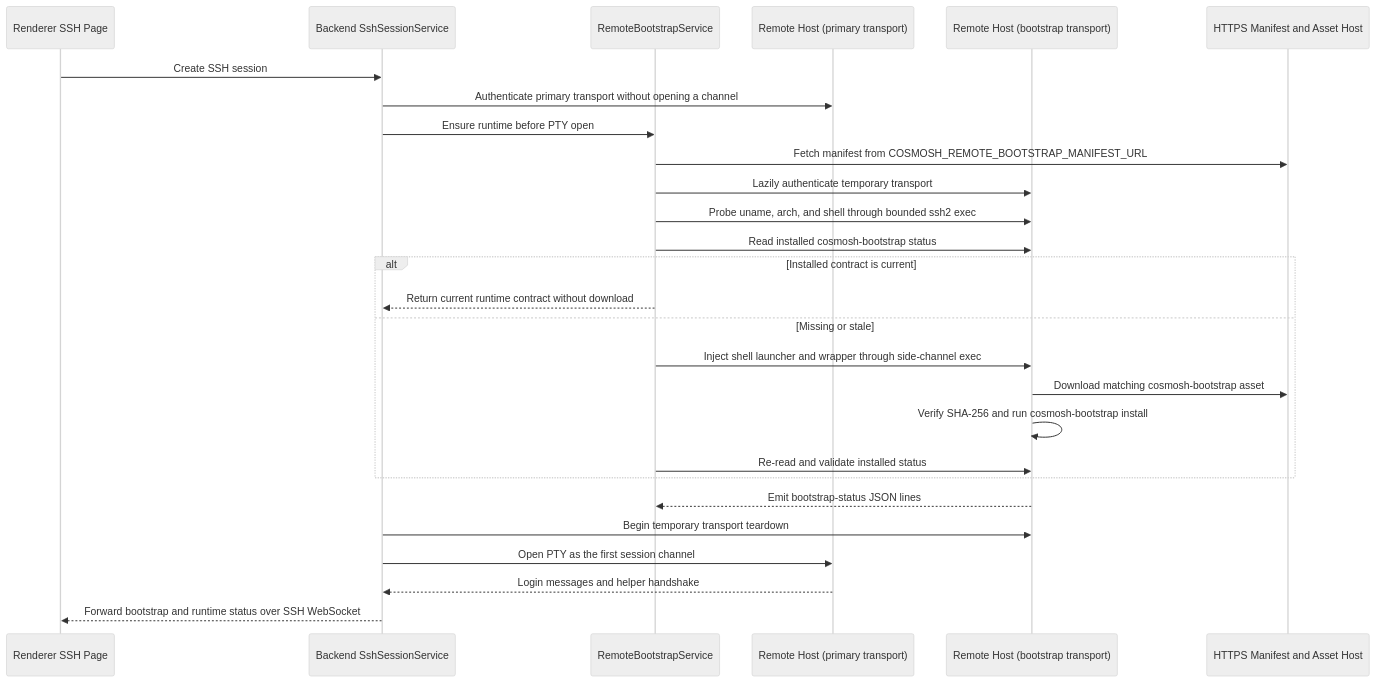
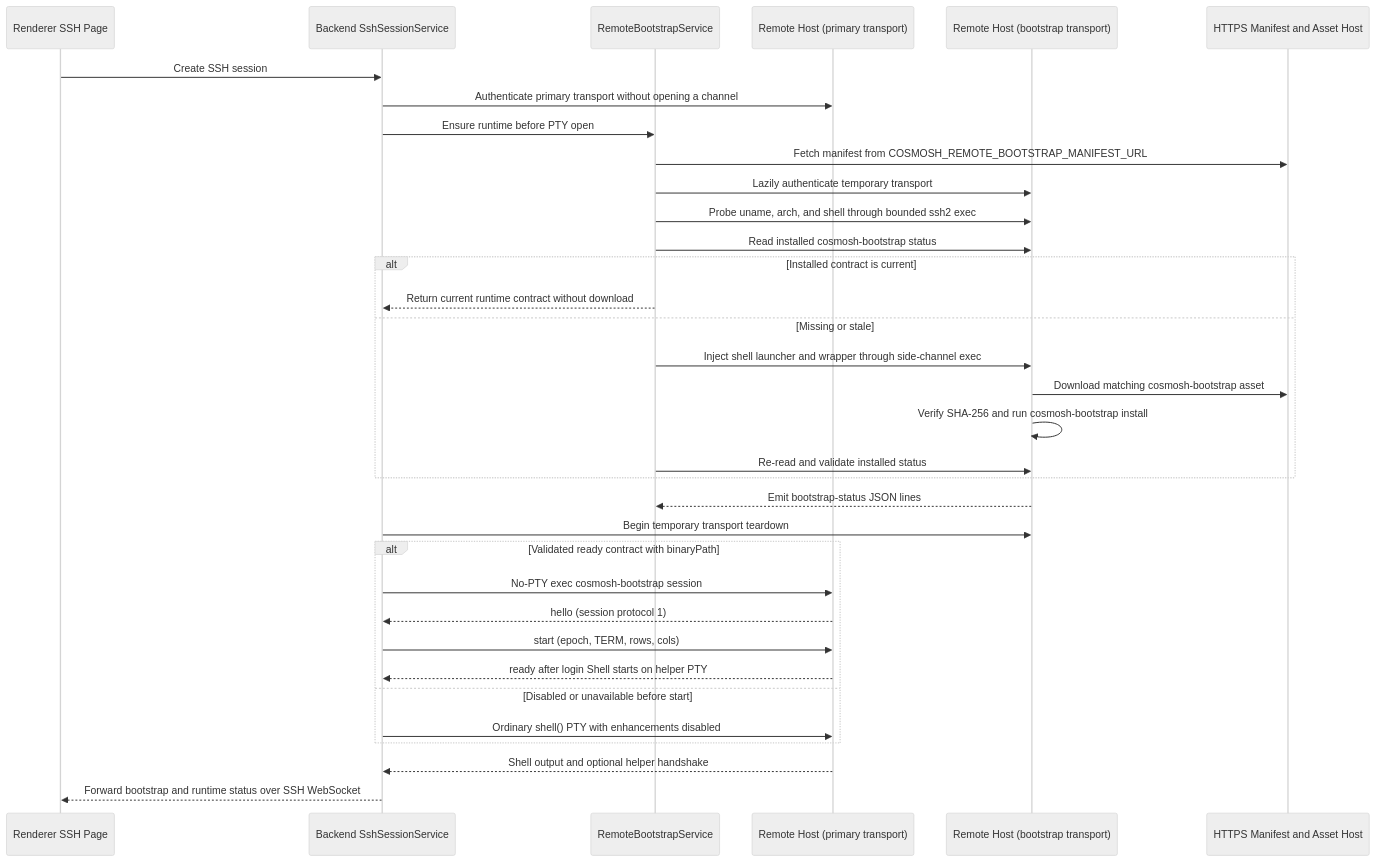
The diagram in packages/remote-bootstrap/README.md (agoudbg/Cosmosh), drawn with Mermaid (neutral theme) before and after one commit. The commit also changed other lines of this file and 23 other files, not shown here.

````diff
--- a/packages/remote-bootstrap/README.md
+++ b/packages/remote-bootstrap/README.md
@@ -28,30 +28,37 @@
 ```mermaid
 sequenceDiagram
   participant UI as Renderer SSH Page
   participant SSH as Backend SshSessionService
   participant RB as RemoteBootstrapService
   participant PRIMARY as Remote Host (primary transport)
   participant AUX as Remote Host (bootstrap transport)
   participant CDN as HTTPS Manifest and Asset Host
 
   UI->>SSH: Create SSH session
   SSH->>PRIMARY: Authenticate primary transport without opening a channel
   SSH->>RB: Ensure runtime before PTY open
   RB->>CDN: Fetch manifest from COSMOSH_REMOTE_BOOTSTRAP_MANIFEST_URL
   RB->>AUX: Lazily authenticate temporary transport
   RB->>AUX: Probe uname, arch, and shell through bounded ssh2 exec
   RB->>AUX: Read installed cosmosh-bootstrap status
   alt Installed contract is current
     RB-->>SSH: Return current runtime contract without download
   else Missing or stale
     RB->>AUX: Inject shell launcher and wrapper through side-channel exec
     AUX->>CDN: Download matching cosmosh-bootstrap asset
     AUX->>AUX: Verify SHA-256 and run cosmosh-bootstrap install
     RB->>AUX: Re-read and validate installed status
   end
   AUX-->>RB: Emit bootstrap-status JSON lines
   SSH->>AUX: Begin temporary transport teardown
-  SSH->>PRIMARY: Open PTY as the first session channel
-  PRIMARY-->>SSH: Login messages and helper handshake
+  alt Validated ready contract with binaryPath
+    SSH->>PRIMARY: No-PTY exec cosmosh-bootstrap session
+    PRIMARY-->>SSH: hello (session protocol 1)
+    SSH->>PRIMARY: start (epoch, TERM, rows, cols)
+    PRIMARY-->>SSH: ready after login Shell starts on helper PTY
+  else Disabled or unavailable before start
+    SSH->>PRIMARY: Ordinary shell() PTY with enhancements disabled
+  end
+  PRIMARY-->>SSH: Shell output and optional helper handshake
   SSH-->>UI: Forward bootstrap and runtime status over SSH WebSocket
 ```
````
